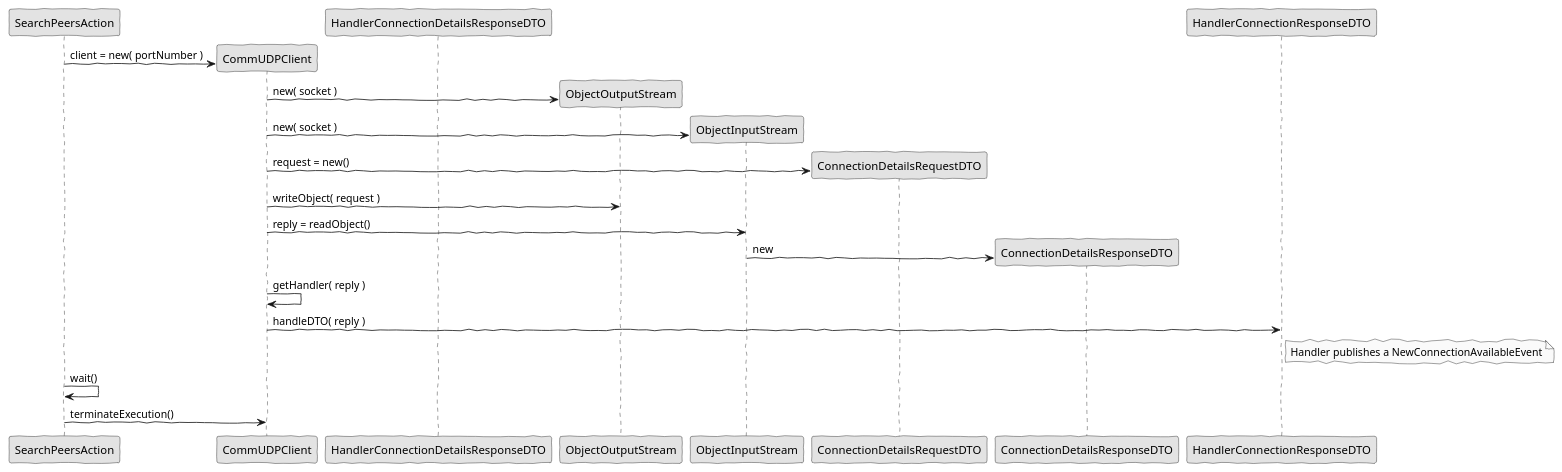
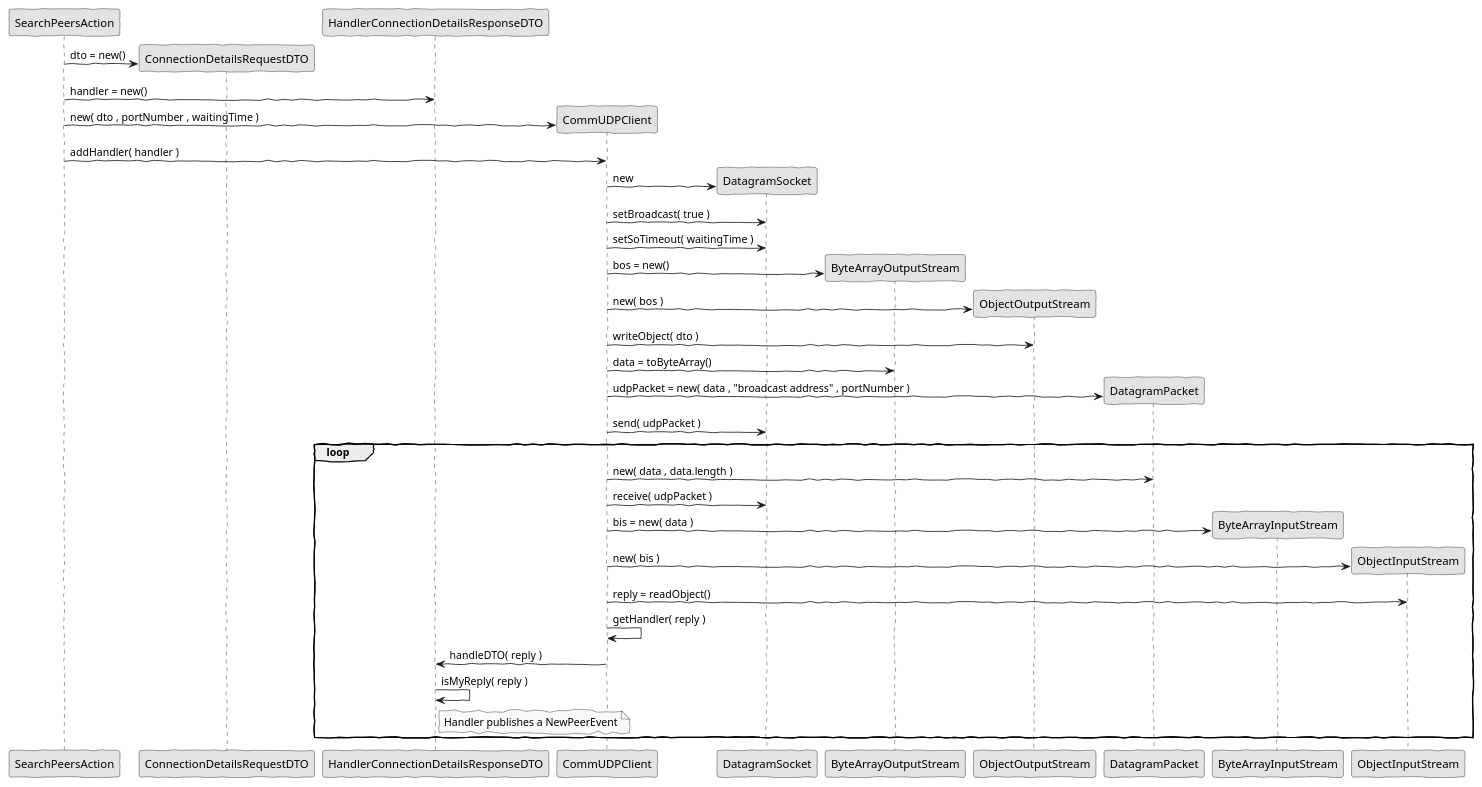
The diagram in src/main/java/lapr4/green/s1/ipc/n1150532/startSharing/ipc_01_1_design_udp_client.puml (MikeTekOn/lapr4-2017-2dd), drawn with PlantUML before and after one commit. The commit also changed 3 other files, not shown here.

Commit message:
LAPR4E17DD-119 #time 1h 16m #comment I've fixed the UDP design. I've fixed the TCP diagram to include the loop.

```diff
--- a/src/main/java/lapr4/green/s1/ipc/n1150532/startSharing/ipc_01_1_design_udp_client.puml
+++ b/src/main/java/lapr4/green/s1/ipc/n1150532/startSharing/ipc_01_1_design_udp_client.puml
@@ -1,34 +1,53 @@
 @startuml
 
 skinparam handwritten true
 skinparam monochrome true
 skinparam packageStyle rect
 skinparam defaultFontName FG Virgil
 skinparam shadowing false
 
 participant "SearchPeersAction"
+participant "ConnectionDetailsRequestDTO"
+participant "HandlerConnectionDetailsResponseDTO"
 participant "CommUDPClient"
-participant "HandlerConnectionDetailsResponseDTO"
+participant "DatagramSocket"
+participant "ByteArrayOutputStream"
 participant "ObjectOutputStream"
+participant "DatagramPacket"
+participant "ByteArrayInputStream"
 participant "ObjectInputStream"
-participant "ConnectionDetailsRequestDTO"
-participant "ConnectionDetailsResponseDTO"
 
+create ConnectionDetailsRequestDTO
+SearchPeersAction -> ConnectionDetailsRequestDTO : dto = new()
+SearchPeersAction -> HandlerConnectionDetailsResponseDTO : handler = new()
 create CommUDPClient
-SearchPeersAction -> CommUDPClient : client = new( portNumber )
+SearchPeersAction -> CommUDPClient : new( dto , portNumber , waitingTime )
+SearchPeersAction -> CommUDPClient : addHandler( handler )
+create DatagramSocket
+CommUDPClient -> DatagramSocket : new
+CommUDPClient -> DatagramSocket : setBroadcast( true )
+CommUDPClient -> DatagramSocket : setSoTimeout( waitingTime )
+create ByteArrayOutputStream
+CommUDPClient -> ByteArrayOutputStream : bos = new()
 create ObjectOutputStream
-CommUDPClient -> ObjectOutputStream : new( socket )
+CommUDPClient -> ObjectOutputStream : new( bos )
+CommUDPClient -> ObjectOutputStream : writeObject( dto )
+CommUDPClient -> ByteArrayOutputStream : data = toByteArray()
+create DatagramPacket
+CommUDPClient -> DatagramPacket : udpPacket = new( data , "broadcast address" , portNumber )
+CommUDPClient-> DatagramSocket : send( udpPacket )
+loop
+CommUDPClient-> DatagramPacket : new( data , data.length )
+CommUDPClient-> DatagramSocket : receive( udpPacket )
+create ByteArrayInputStream
+CommUDPClient -> ByteArrayInputStream : bis = new( data )
 create ObjectInputStream
-CommUDPClient -> ObjectInputStream : new( socket )
-create ConnectionDetailsRequestDTO
-CommUDPClient -> ConnectionDetailsRequestDTO : request = new()
-CommUDPClient -> ObjectOutputStream : writeObject( request )
+CommUDPClient -> ObjectInputStream : new( bis )
 CommUDPClient -> ObjectInputStream : reply = readObject()
-create ConnectionDetailsResponseDTO
-ObjectInputStream -> ConnectionDetailsResponseDTO : new
 CommUDPClient -> CommUDPClient : getHandler( reply )
-CommUDPClient -> HandlerConnectionResponseDTO : handleDTO( reply )
-note right of HandlerConnectionResponseDTO : Handler publishes a NewConnectionAvailableEvent
-SearchPeersAction -> SearchPeersAction : wait()
-SearchPeersAction -> CommUDPClient : terminateExecution()
+CommUDPClient -> HandlerConnectionDetailsResponseDTO : handleDTO( reply )
+HandlerConnectionDetailsResponseDTO -> HandlerConnectionDetailsResponseDTO : isMyReply( reply )
+note right of HandlerConnectionDetailsResponseDTO : Handler publishes a NewPeerEvent
+end loop
+
 @enduml
```
